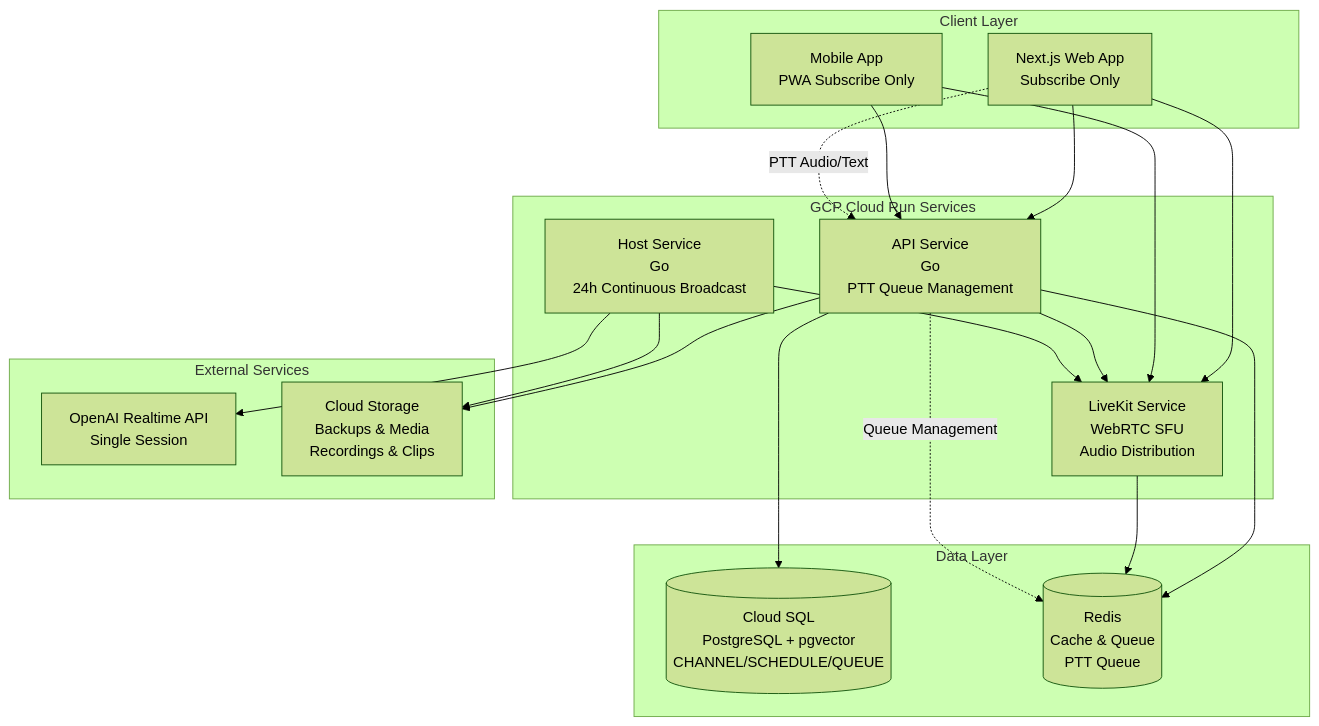
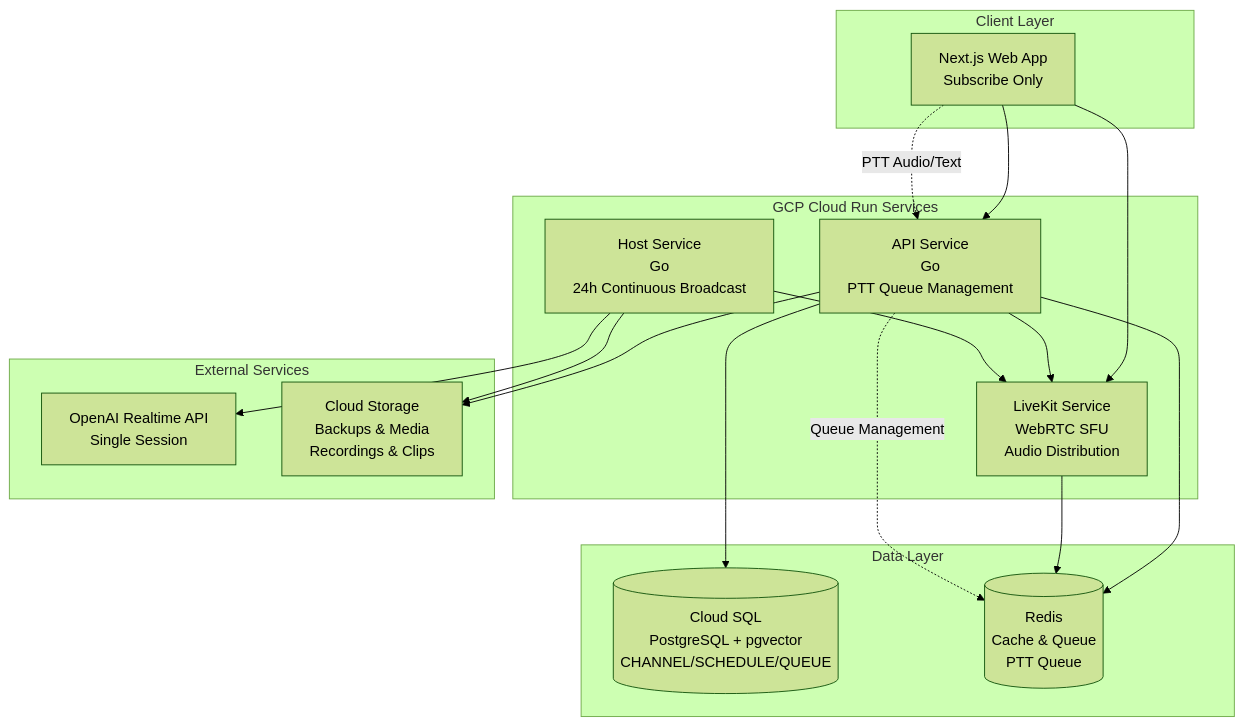
Before and after one commit to IzmYuta/Hacz_Ichthyo: the diagram in docs/infrastructure.md, drawn with Mermaid (forest theme). The commit also changed 1 other file, not shown here.

Commit message:
インフラストラクチャとアーキテクチャのドキュメント内で、グラフ表記を統一し、可読性を向上させました。また、モバイルアプリの表記を削除しました。

````diff
--- a/docs/infrastructure.md
+++ b/docs/infrastructure.md
@@ -9,46 +9,43 @@
 ```mermaid
 graph TB
     subgraph "Client Layer"
         WEB["Next.js Web App<br/>Subscribe Only"]
-        MOBILE["Mobile App<br/>PWA Subscribe Only"]
     end
     
     subgraph "GCP Cloud Run Services"
         API["API Service<br/>Go<br/>PTT Queue Management"]
         HOST["Host Service<br/>Go<br/>24h Continuous Broadcast"]
         LIVEKIT["LiveKit Service<br/>WebRTC SFU<br/>Audio Distribution"]
     end
     
     subgraph "Data Layer"
         DB[("Cloud SQL<br/>PostgreSQL + pgvector<br/>CHANNEL/SCHEDULE/QUEUE")]
         REDIS[("Redis<br/>Cache & Queue<br/>PTT Queue")]
     end
     
     subgraph "External Services"
         OPENAI["OpenAI Realtime API<br/>Single Session"]
         STORAGE["Cloud Storage<br/>Backups & Media<br/>Recordings & Clips"]
     end
     
     
     %% Client connections (Subscribe Only)
     WEB --> LIVEKIT
-    MOBILE --> LIVEKIT
     WEB --> API
-    MOBILE --> API
     
     %% Service connections
     API --> DB
     API --> REDIS
     API --> LIVEKIT
     HOST --> LIVEKIT
     HOST --> OPENAI
     LIVEKIT --> REDIS
     
     %% PTT Flow
     WEB -.->|PTT Audio/Text| API
     API -.->|Queue Management| REDIS
     
     %% Data connections
     API --> STORAGE
     HOST --> STORAGE
 ```
````
